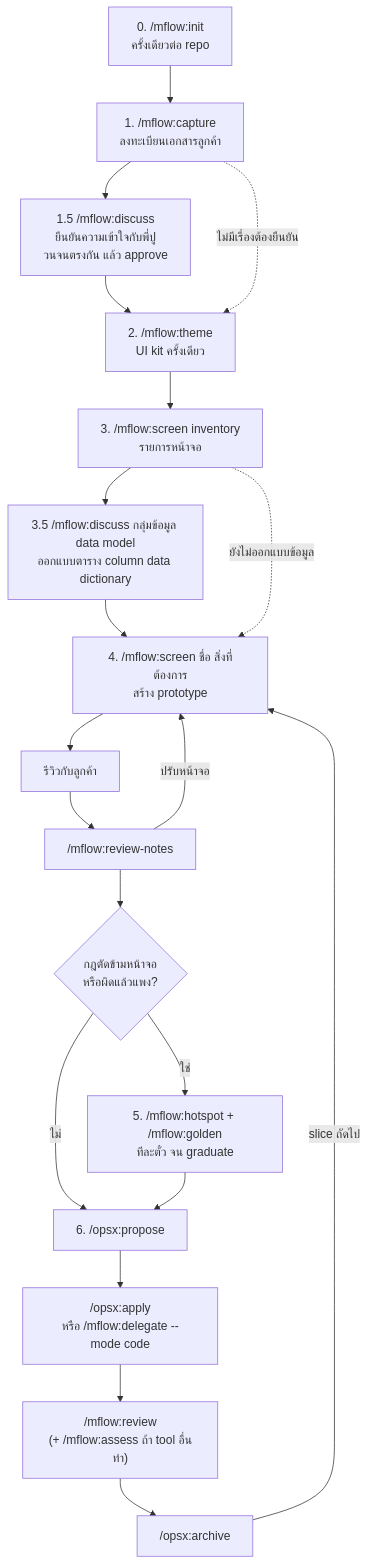
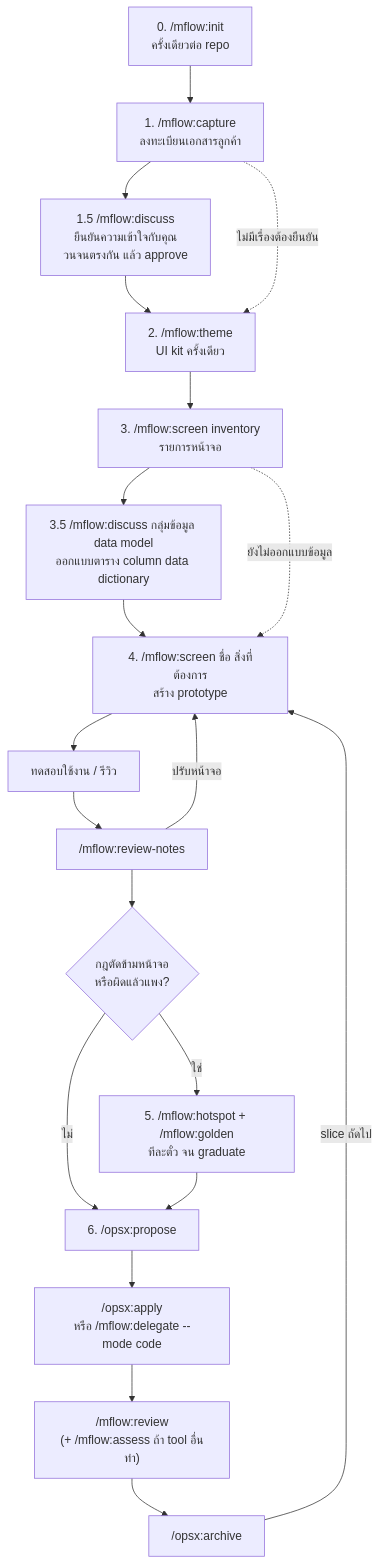
One commit to mounchons/mflow-marketplace changed the diagram in docs/manual.md. Above: the diagram before and after it, drawn with Mermaid. The commit also changed other lines of this file and 30 other files, not shown here.

````diff
--- a/docs/manual.md
+++ b/docs/manual.md
@@ -22,22 +23,22 @@
 ```mermaid
 flowchart TD
     S0["0. /mflow:init<br/>ครั้งเดียวต่อ repo"] --> S1["1. /mflow:capture<br/>ลงทะเบียนเอกสารลูกค้า"]
-    S1 --> D["1.5 /mflow:discuss<br/>ยืนยันความเข้าใจกับพี่ปู<br/>วนจนตรงกัน แล้ว approve"]
+    S1 --> D["1.5 /mflow:discuss<br/>ยืนยันความเข้าใจกับคุณ<br/>วนจนตรงกัน แล้ว approve"]
     D --> S2["2. /mflow:theme<br/>UI kit ครั้งเดียว"]
     S1 -.->|ไม่มีเรื่องต้องยืนยัน| S2
     S2 --> S3["3. /mflow:screen inventory<br/>รายการหน้าจอ"]
     S3 --> DM["3.5 /mflow:discuss กลุ่มข้อมูล data model<br/>ออกแบบตาราง column data dictionary"]
     DM --> S4["4. /mflow:screen ชื่อ สิ่งที่ต้องการ<br/>สร้าง prototype"]
     S3 -.->|ยังไม่ออกแบบข้อมูล| S4
-    S4 --> R["รีวิวกับลูกค้า"]
+    S4 --> R["ทดสอบใช้งาน / รีวิว"]
     R --> RN["/mflow:review-notes"]
     RN -->|ปรับหน้าจอ| S4
     RN --> Q{"กฎตัดข้ามหน้าจอ<br/>หรือผิดแล้วแพง?"}
     Q -->|ใช่| H["5. /mflow:hotspot + /mflow:golden<br/>ทีละตั๋ว จน graduate"]
     Q -->|ไม่| P
     H --> P["6. /opsx:propose"]
     P --> A["/opsx:apply<br/>หรือ /mflow:delegate --mode code"]
     A --> V["/mflow:review<br/>(+ /mflow:assess ถ้า tool อื่นทำ)"]
     V --> AR["/opsx:archive"]
     AR -->|slice ถัดไป| S4
 ```
````
